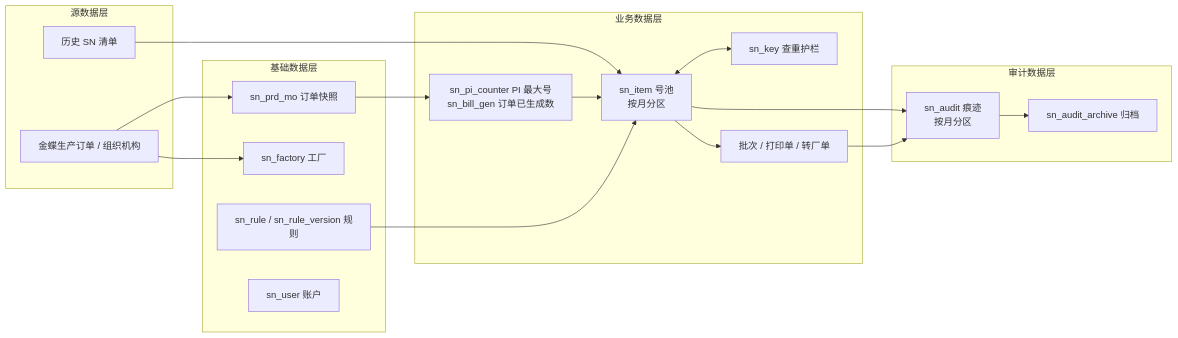
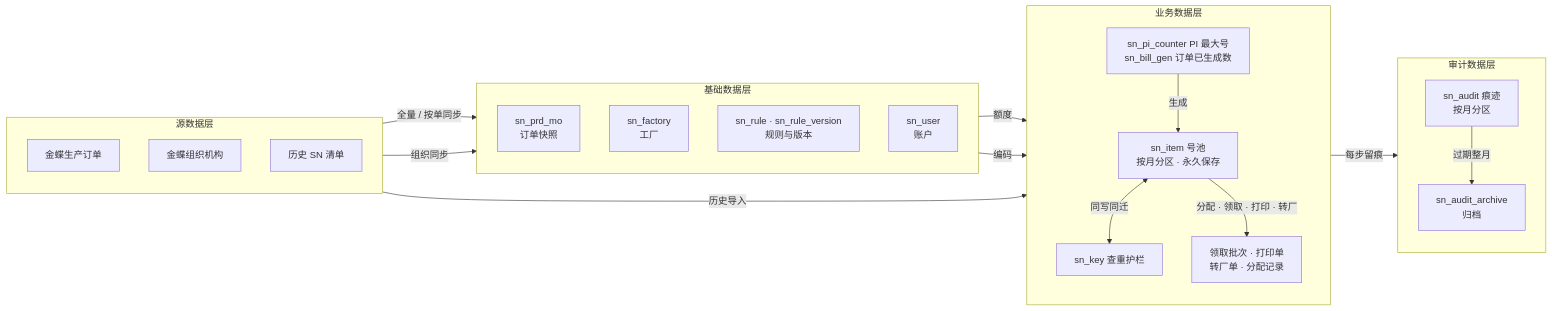
The third of 9 diagrams in docs/系统技术方案.md (Createsnow/sn-center), drawn with Mermaid before and after one commit. The commit also changed other lines of this file and 11 other files, not shown here.

First line of the commit message:
系统技术方案：重画全部图，ER 标注一对多，新增 Word 版

````diff
--- a/docs/系统技术方案.md
+++ b/docs/系统技术方案.md
@@ -209,30 +252,38 @@
 ```mermaid
 flowchart LR
-    subgraph 源数据层
-        K[金蝶生产订单 / 组织机构]
+    subgraph S[源数据层]
+        direction TB
+        K[金蝶生产订单]
+        KO[金蝶组织机构]
         H[历史 SN 清单]
     end
-    subgraph 基础数据层
-        P[sn_prd_mo 订单快照]
-        F[sn_factory 工厂]
-        R[sn_rule / sn_rule_version 规则]
-        U[sn_user 账户]
+    subgraph B[基础数据层]
+        direction TB
+        P[sn_prd_mo<br/>订单快照]
+        F[sn_factory<br/>工厂]
+        R[sn_rule · sn_rule_version<br/>规则与版本]
+        U[sn_user<br/>账户]
     end
-    subgraph 业务数据层
+    subgraph Y[业务数据层]
+        direction TB
         C[sn_pi_counter PI 最大号<br/>sn_bill_gen 订单已生成数]
-        I[sn_item 号池<br/>按月分区]
+        I[sn_item 号池<br/>按月分区 · 永久保存]
         KEY[sn_key 查重护栏]
-        T[批次 / 打印单 / 转厂单]
+        T[领取批次 · 打印单<br/>转厂单 · 分配记录]
     end
-    subgraph 审计数据层
-        A[sn_audit 痕迹<br/>按月分区]
-        AR[sn_audit_archive 归档]
+    subgraph A[审计数据层]
+        direction TB
+        AU[sn_audit 痕迹<br/>按月分区]
+        AR[sn_audit_archive<br/>归档]
     end
-    K --> P & F
-    H --> I
-    P --> C --> I
-    R --> I
-    I <--> KEY
-    I --> T
-    I & T --> A --> AR
+    K -->|全量 / 按单同步| P
+    KO -->|组织同步| F
+    H -->|历史导入| I
+    P -->|额度| C
+    R -->|编码| I
+    C -->|生成| I
+    I <-->|同写同迁| KEY
+    I -->|分配 · 领取 · 打印 · 转厂| T
+    Y -->|每步留痕| AU
+    AU -->|过期整月| AR
 ```
````
